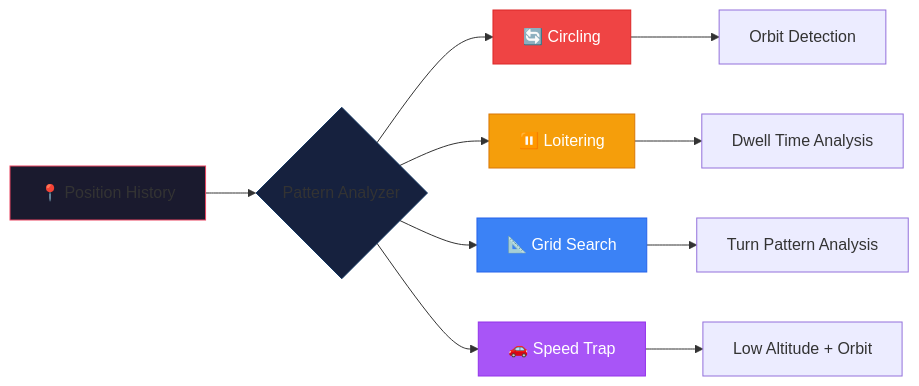
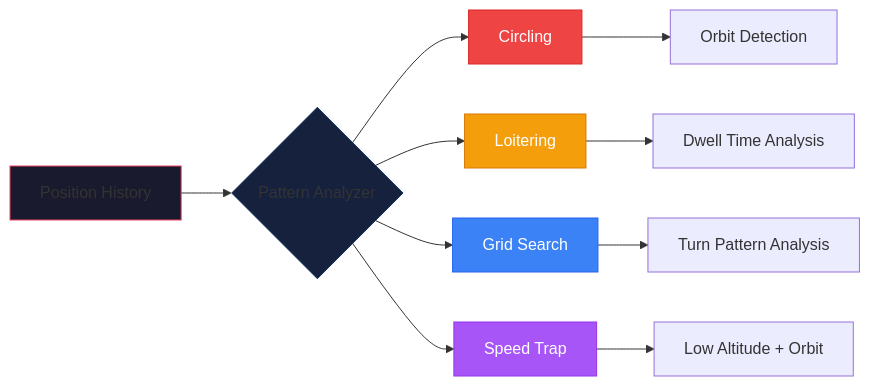
Before and after one commit to CHA0S-CORP/SkySpyDocs: the fifth of 6 diagrams in docs/features/cannonball-mode.md, drawn with Mermaid. The commit also changed other lines of this file, not shown here.

````diff
--- a/docs/features/cannonball-mode.md
+++ b/docs/features/cannonball-mode.md
@@ -483,20 +470,20 @@
 ```mermaid
 flowchart LR
-    A[📍 Position History] --> B{Pattern Analyzer}
-    B --> C[🔄 Circling]
-    B --> D[⏸️ Loitering]
-    B --> E[📐 Grid Search]
-    B --> F[🚗 Speed Trap]
+    A[Position History] --> B{Pattern Analyzer}
+    B --> C[Circling]
+    B --> D[Loitering]
+    B --> E[Grid Search]
+    B --> F[Speed Trap]
 
     C --> G[Orbit Detection]
     D --> H[Dwell Time Analysis]
     E --> I[Turn Pattern Analysis]
     F --> J[Low Altitude + Orbit]
 
     style A fill:#1a1a2e,stroke:#e94560
     style B fill:#16213e,stroke:#0f3460
     style C fill:#ef4444,stroke:#dc2626,color:#fff
     style D fill:#f59e0b,stroke:#d97706,color:#fff
     style E fill:#3b82f6,stroke:#2563eb,color:#fff
     style F fill:#a855f7,stroke:#9333ea,color:#fff
 ```
````
